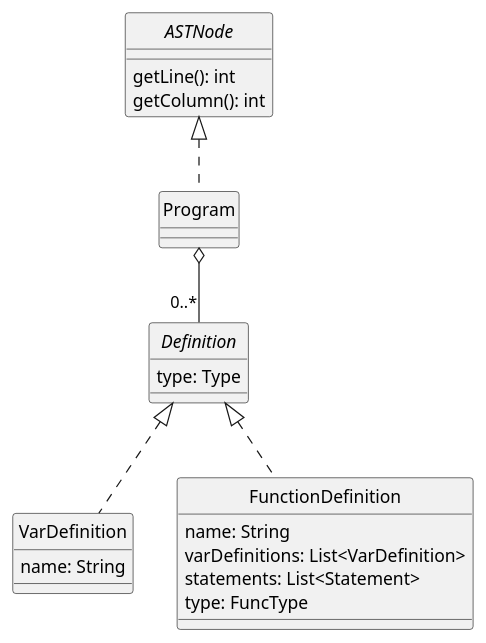
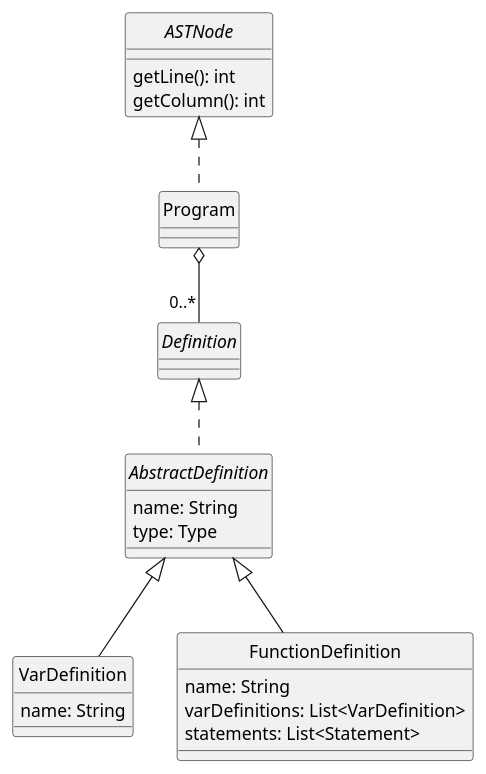
The diagram in docs/diagrams/program.plantuml (JonathanAriass/dlp-examen), drawn with PlantUML before and after one commit. The commit also changed 8 other files, not shown here.

```diff
--- a/docs/diagrams/program.plantuml
+++ b/docs/diagrams/program.plantuml
@@ -1,35 +1,39 @@
 @startuml Program
 skinparam style strictuml
 skinparam monochrome true
 
 
 interface ASTNode {
     getLine(): int
     getColumn(): int
 }
 
 class Program
 
 interface Definition {
+}
+
+abstract class AbstractDefinition implements Definition {
+    name: String
     type: Type
 }
 
-class VarDefinition implements Definition {
+
+class VarDefinition extends AbstractDefinition {
     name: String
 
 }
 
-class FunctionDefinition implements Definition {
+class FunctionDefinition extends AbstractDefinition {
     name: String
     varDefinitions: List<VarDefinition>
     statements: List<Statement>
-    type: FuncType
 }
 
 
 ASTNode <|.. Program
 Program o-- "0..*" Definition
 
 
 
 @enduml
```
